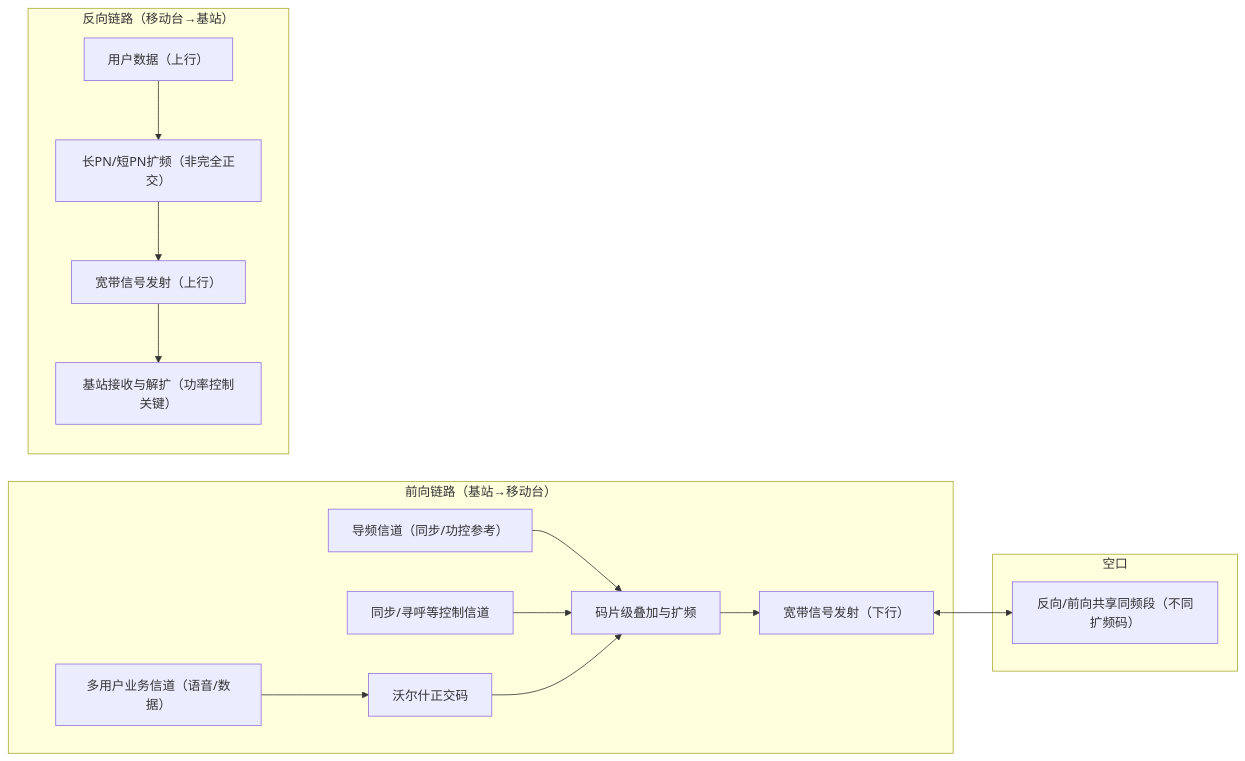
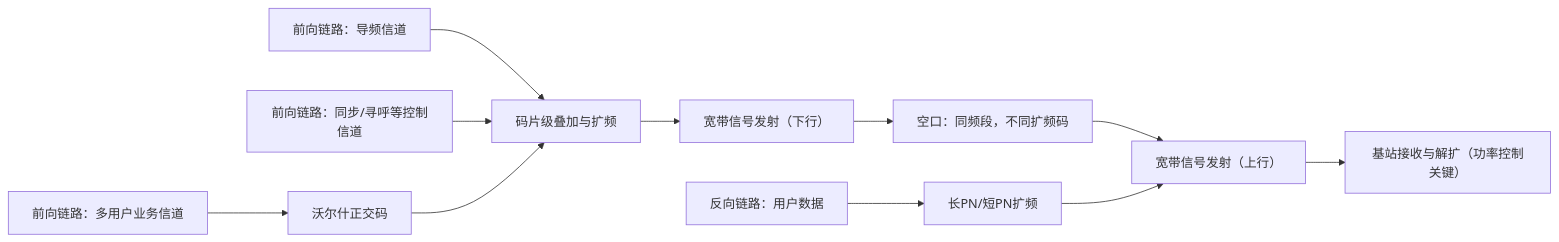
The first of 2 diagrams in p/3.RF无线技术-蜂窝网-2G.md (mzrf/mzrf.github.io), drawn with Mermaid before and after one commit. The commit also changed other lines of this file, not shown here.

Commit message:
p/3.RF无线技术-蜂窝网-2G.md updated from https://stackedit.io/

````diff
--- a/p/3.RF无线技术-蜂窝网-2G.md
+++ b/p/3.RF无线技术-蜂窝网-2G.md
@@ -163,20 +150,15 @@
 ```mermaid
 flowchart LR
-    subgraph "前向链路（基站→移动台）"
-      Fuser["多用户业务信道（语音/数据）"] --> Fw["沃尔什正交码"]
-      Fpilot["导频信道（同步/功控参考）"] --> Fcomb["码片级叠加与扩频"]
-      Fsync["同步/寻呼等控制信道"] --> Fcomb
-      Fw --> Fcomb
-      Fcomb --> Ftx["宽带信号发射（下行）"]
-    end
+    Fuser["前向链路：多用户业务信道"] --> Fw["沃尔什正交码"]
+    Fpilot["前向链路：导频信道"] --> Fcomb["码片级叠加与扩频"]
+    Fsync["前向链路：同步/寻呼等控制信道"] --> Fcomb
+    Fw --> Fcomb
+    Fcomb --> Ftx["宽带信号发射（下行）"]
 
-    subgraph "空口"
-      Ftx <--> Rrx["反向/前向共享同频段（不同扩频码）"]
-    end
+    Ftx --> Rrx["空口：同频段，不同扩频码"]
+    Rrx --> Rtx["宽带信号发射（上行）"]
 
-    subgraph "反向链路（移动台→基站）"
-      Ruser["用户数据（上行）"] --> Rpn["长PN/短PN扩频（非完全正交）"]
-      Rpn --> Rtx["宽带信号发射（上行）"]
-      Rtx --> BSCv["基站接收与解扩（功率控制关键）"]
-    end
+    Ruser["反向链路：用户数据"] --> Rpn["长PN/短PN扩频"]
+    Rpn --> Rtx
+    Rtx --> BSCv["基站接收与解扩（功率控制关键）"]
 ```
````
